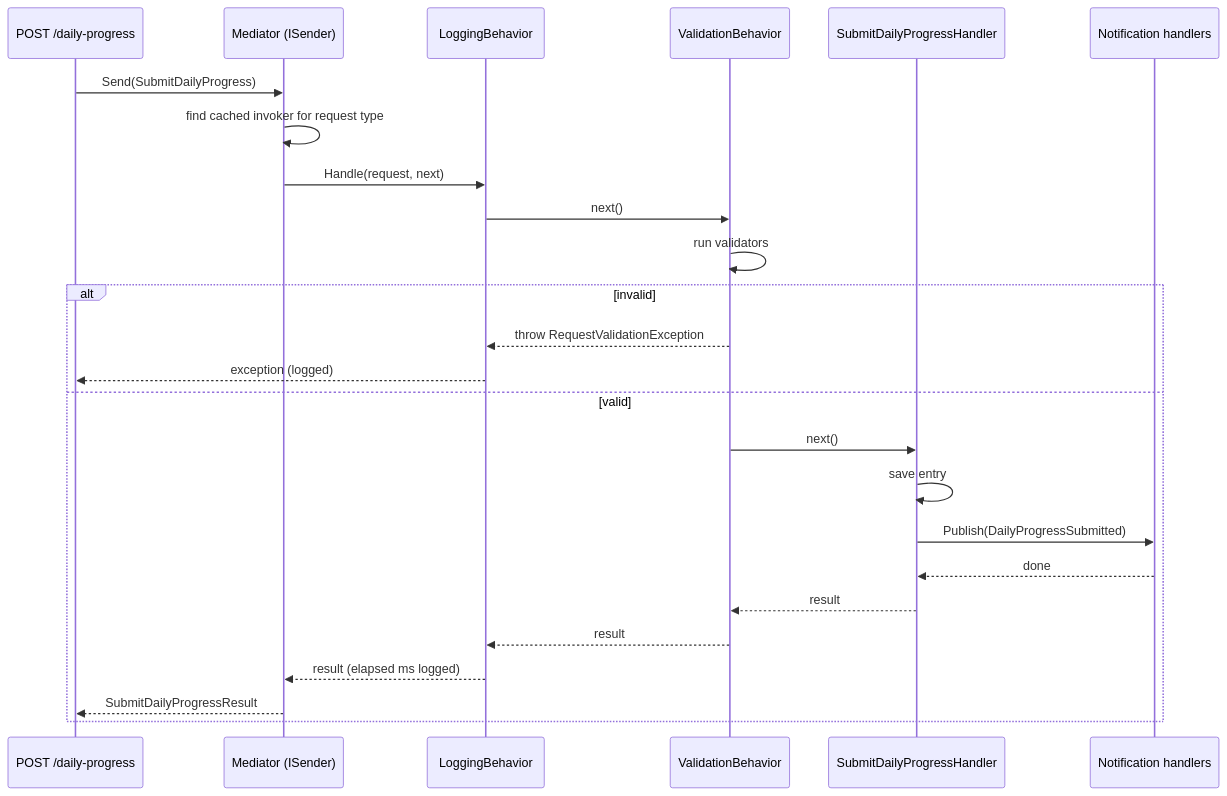
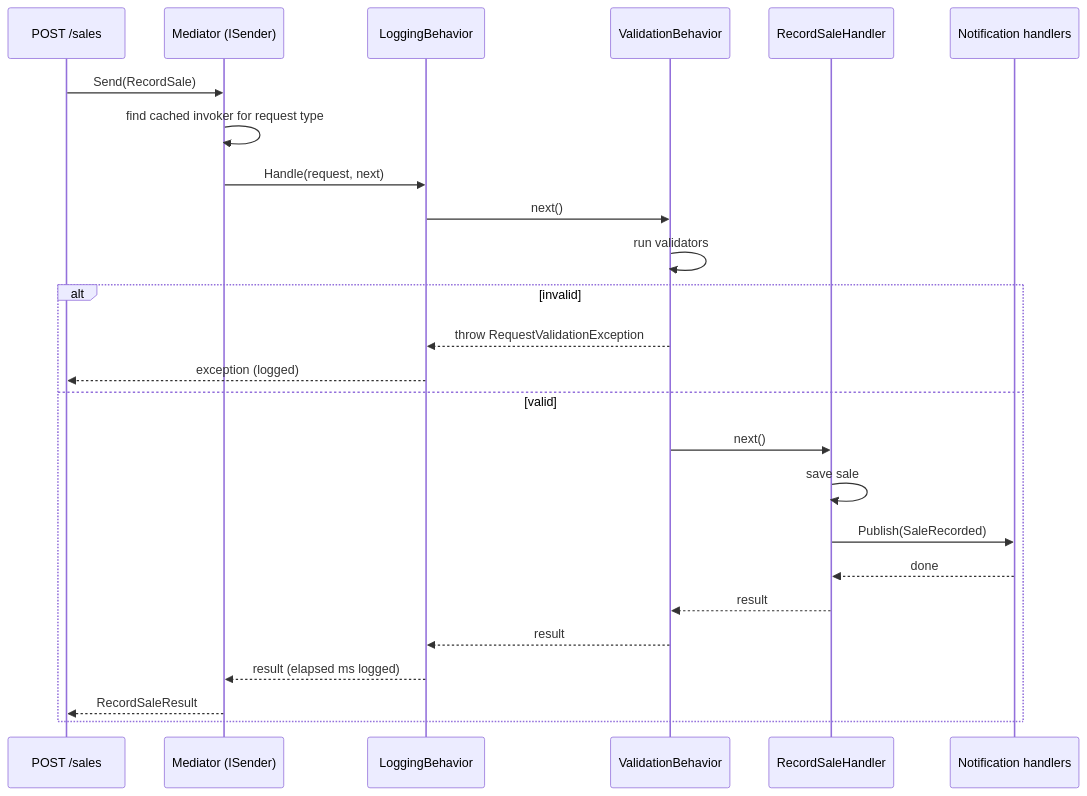
One commit to rizwi0786/system-design-lab changed the second of 3 diagrams in content/lessons/m06/m06-mediator.md. Above: the diagram before and after it, drawn with Mermaid. The commit also changed other lines of this file and 334 other files, not shown here.

````diff
--- a/content/lessons/m06/m06-mediator.md
+++ b/content/lessons/m06/m06-mediator.md
@@ -203,27 +203,27 @@
 ```mermaid
 sequenceDiagram
-    participant E as POST /daily-progress
+    participant E as POST /sales
     participant M as Mediator (ISender)
     participant L as LoggingBehavior
     participant V as ValidationBehavior
-    participant H as SubmitDailyProgressHandler
+    participant H as RecordSaleHandler
     participant N as Notification handlers
-    E->>M: Send(SubmitDailyProgress)
+    E->>M: Send(RecordSale)
     M->>M: find cached invoker for request type
     M->>L: Handle(request, next)
     L->>V: next()
     V->>V: run validators
     alt invalid
         V-->>L: throw RequestValidationException
         L-->>E: exception (logged)
     else valid
         V->>H: next()
-        H->>H: save entry
-        H->>N: Publish(DailyProgressSubmitted)
+        H->>H: save sale
+        H->>N: Publish(SaleRecorded)
         N-->>H: done
         H-->>V: result
         V-->>L: result
         L-->>M: result (elapsed ms logged)
-        M-->>E: SubmitDailyProgressResult
+        M-->>E: RecordSaleResult
     end
 ```
````
